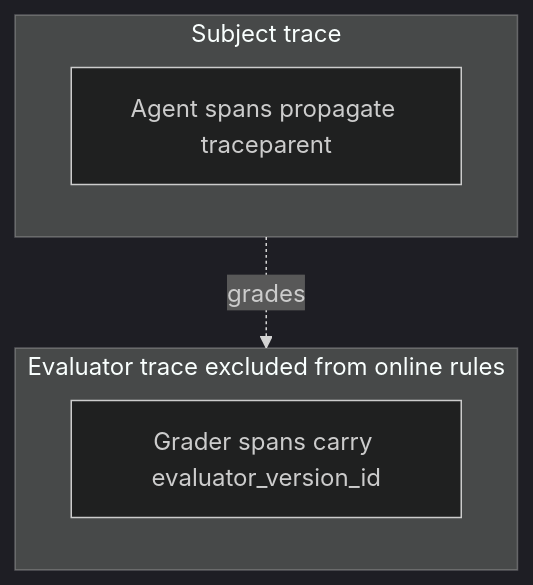
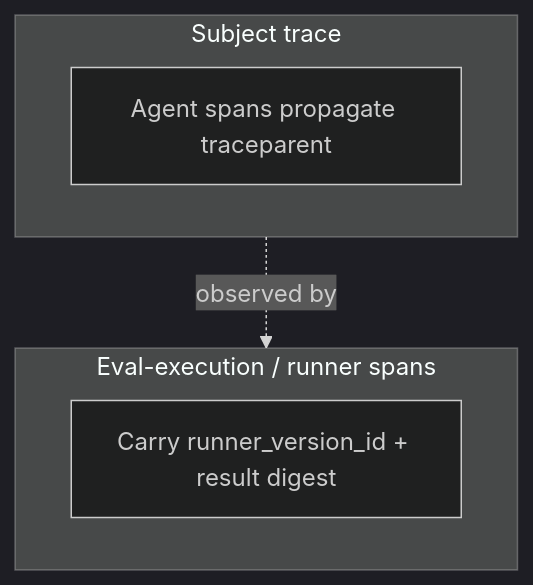
Before and after one commit to softprobe/document-website: the third of 3 diagrams in en/evaluation/concepts/evidence-and-trajectories.md, drawn with Mermaid (dark theme). The commit also changed other lines of this file and 57 other files, not shown here.

````diff
--- a/en/evaluation/concepts/evidence-and-trajectories.md
+++ b/en/evaluation/concepts/evidence-and-trajectories.md
@@ -83,10 +76,10 @@
 ```mermaid
 flowchart TB
   subgraph subjectTrace [Subject trace]
     S1[Agent spans propagate traceparent]
   end
-  subgraph evalTrace [Evaluator trace excluded from online rules]
-    E1[Grader spans carry evaluator_version_id]
+  subgraph runnerTrace [Eval-execution / runner spans]
+    E1[Carry runner_version_id + result digest]
   end
-  subjectTrace -.->|grades| evalTrace
+  subjectTrace -.->|observed by| runnerTrace
 ```
````
